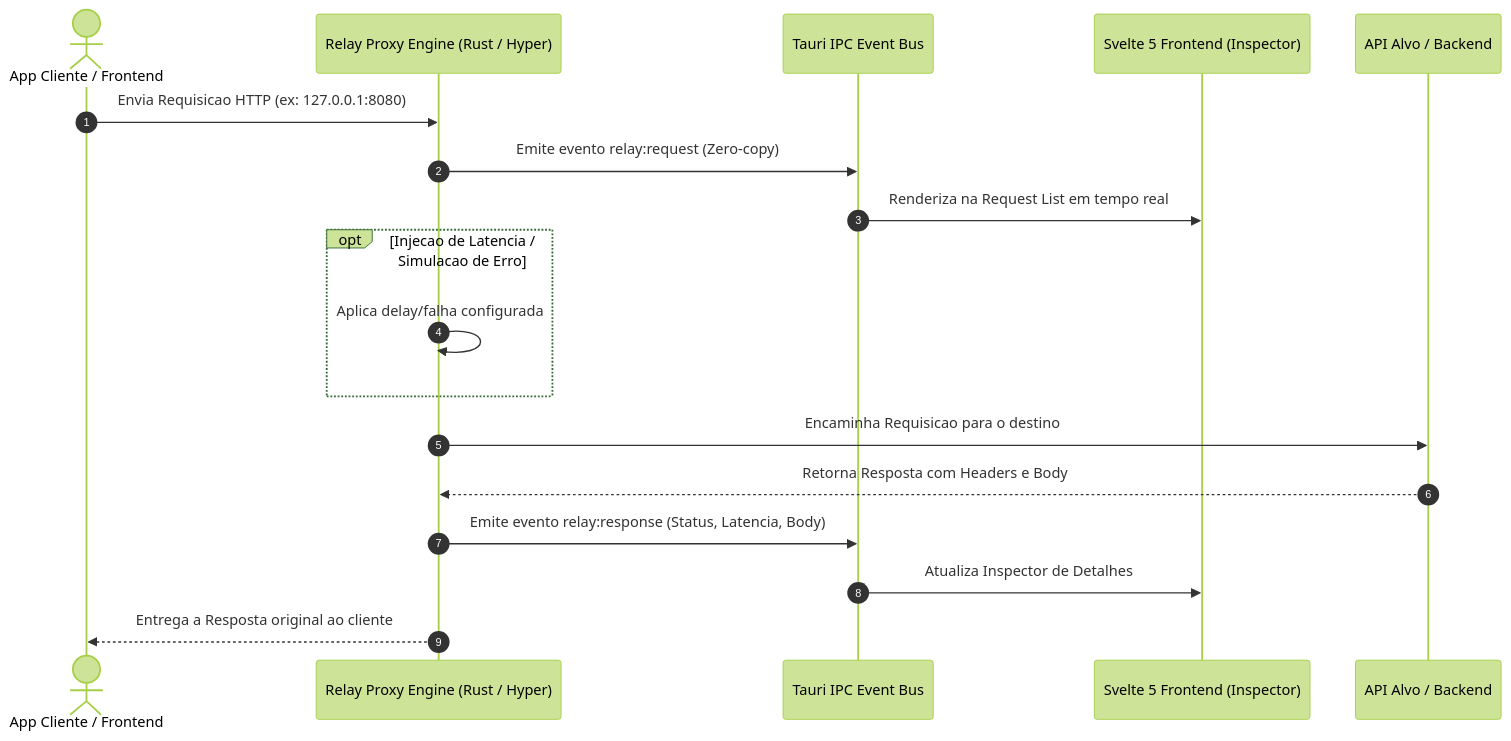
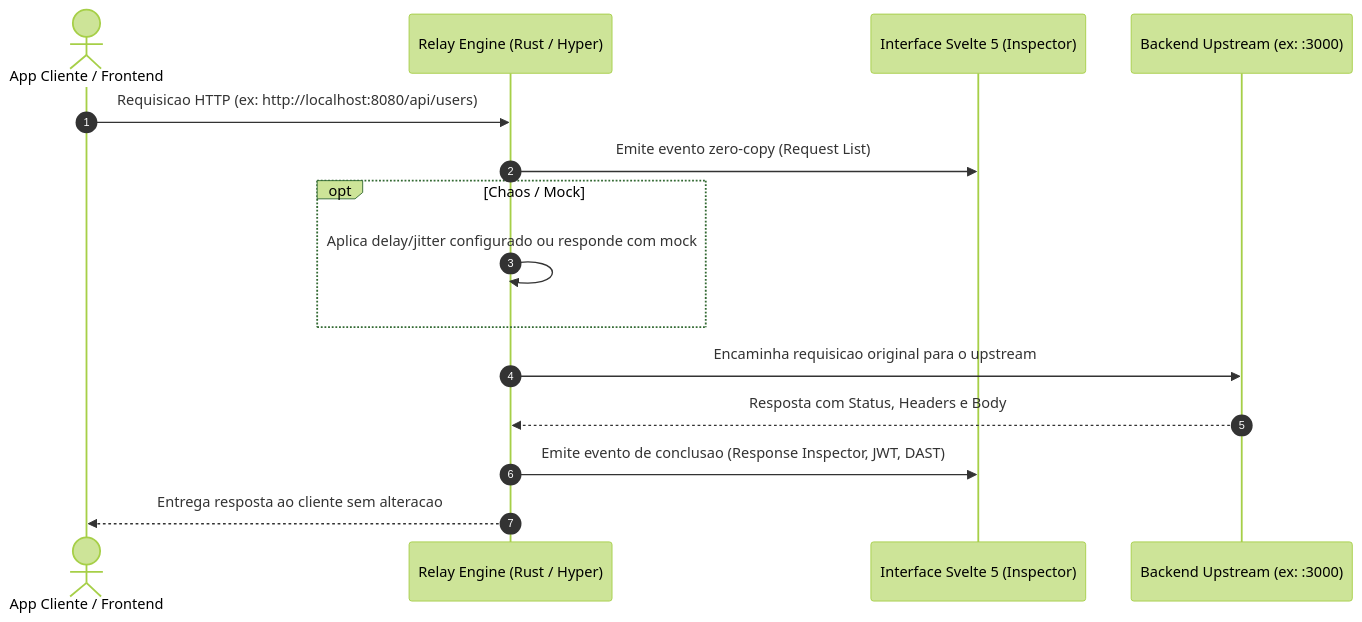
One commit to TacioMoreira25/Relay changed the diagram in README.md. Above: the diagram before and after it, drawn with Mermaid (forest theme). The commit also changed other lines of this file and 35 other files, not shown here.

````diff
--- a/README.md
+++ b/README.md
@@ -117,25 +145,20 @@
 ```mermaid
 sequenceDiagram
     autonumber
-    actor Dev as App Cliente / Frontend
-    participant Proxy as Relay Proxy Engine (Rust / Hyper)
-    participant Bus as Tauri IPC Event Bus
-    participant UI as Svelte 5 Frontend (Inspector)
-    participant Upstream as API Alvo / Backend
+    actor Cliente as App Cliente / Frontend
+    participant Relay as Relay Engine (Rust / Hyper)
+    participant UI as Interface Svelte 5 (Inspector)
+    participant API as Backend Upstream (ex: :3000)
 
-    Dev->>Proxy: Envia Requisicao HTTP (ex: 127.0.0.1:8080)
-    Proxy->>Bus: Emite evento relay:request (Zero-copy)
-    Bus->>UI: Renderiza na Request List em tempo real
+    Cliente->>Relay: Requisicao HTTP (ex: http://localhost:8080/api/users)
+    Relay->>UI: Emite evento zero-copy (Request List)
     
-    opt Injecao de Latencia / Simulacao de Erro
-        Proxy->>Proxy: Aplica delay/falha configurada
+    opt Chaos / Mock
+        Relay->>Relay: Aplica delay/jitter configurado ou responde com mock
     end
     
-    Proxy->>Upstream: Encaminha Requisicao para o destino
-    Upstream-->>Proxy: Retorna Resposta com Headers e Body
-    
-    Proxy->>Bus: Emite evento relay:response (Status, Latencia, Body)
-    Bus->>UI: Atualiza Inspector de Detalhes
-    
-    Proxy-->>Dev: Entrega a Resposta original ao cliente
+    Relay->>API: Encaminha requisicao original para o upstream
+    API-->>Relay: Resposta com Status, Headers e Body
+    Relay->>UI: Emite evento de conclusao (Response Inspector, JWT, DAST)
+    Relay-->>Cliente: Entrega resposta ao cliente sem alteracao
 ```
````
